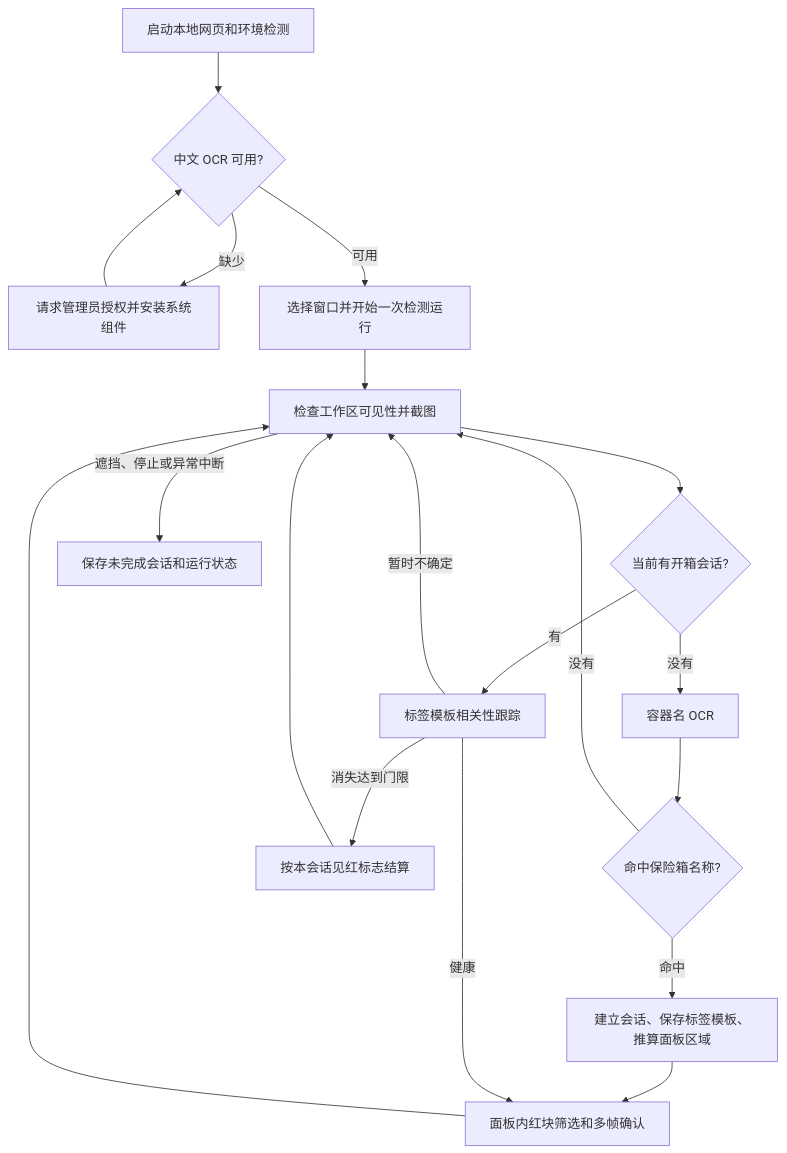
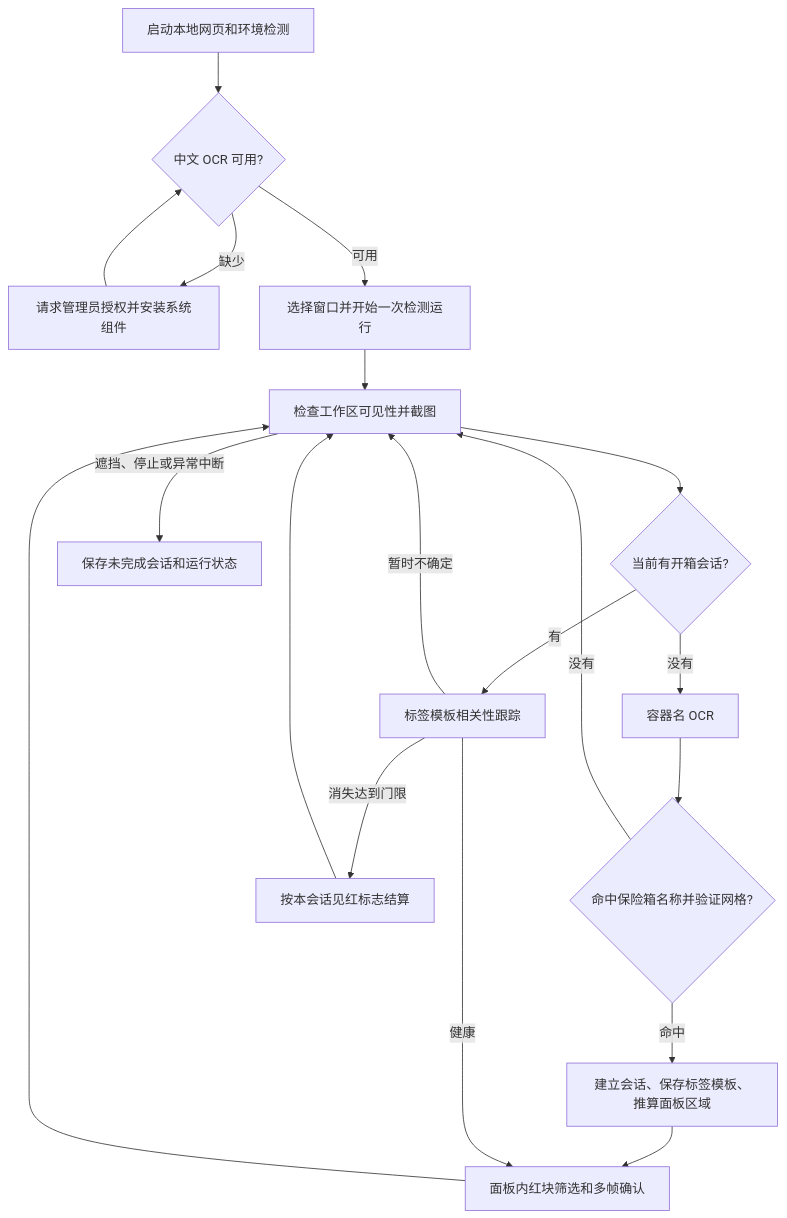
Before and after one commit to lphahapl/arena-breakout-red-detection: the first of 2 diagrams in README.md, drawn with Mermaid. The commit also changed other lines of this file and 32 other files, not shown here.

````diff
--- a/README.md
+++ b/README.md
@@ -69,21 +70,21 @@
 ```mermaid
 flowchart TD
     A[启动本地网页和环境检测] --> B{中文 OCR 可用?}
     B -- 缺少 --> C[请求管理员授权并安装系统组件]
     C --> B
     B -- 可用 --> D[选择窗口并开始一次检测运行]
     D --> E[检查工作区可见性并截图]
     E --> F{当前有开箱会话?}
     F -- 没有 --> G[容器名 OCR]
-    G --> H{命中保险箱名称?}
+    G --> H{命中保险箱名称并验证网格?}
     H -- 没有 --> E
     H -- 命中 --> I[建立会话、保存标签模板、推算面板区域]
     I --> J[面板内红块筛选和多帧确认]
     F -- 有 --> K[标签模板相关性跟踪]
     K -- 健康 --> J
     J --> E
     K -- 暂时不确定 --> E
     K -- 消失达到门限 --> L[按本会话见红标志结算]
     L --> E
     E -- 遮挡、停止或异常中断 --> M[保存未完成会话和运行状态]
 ```
````
